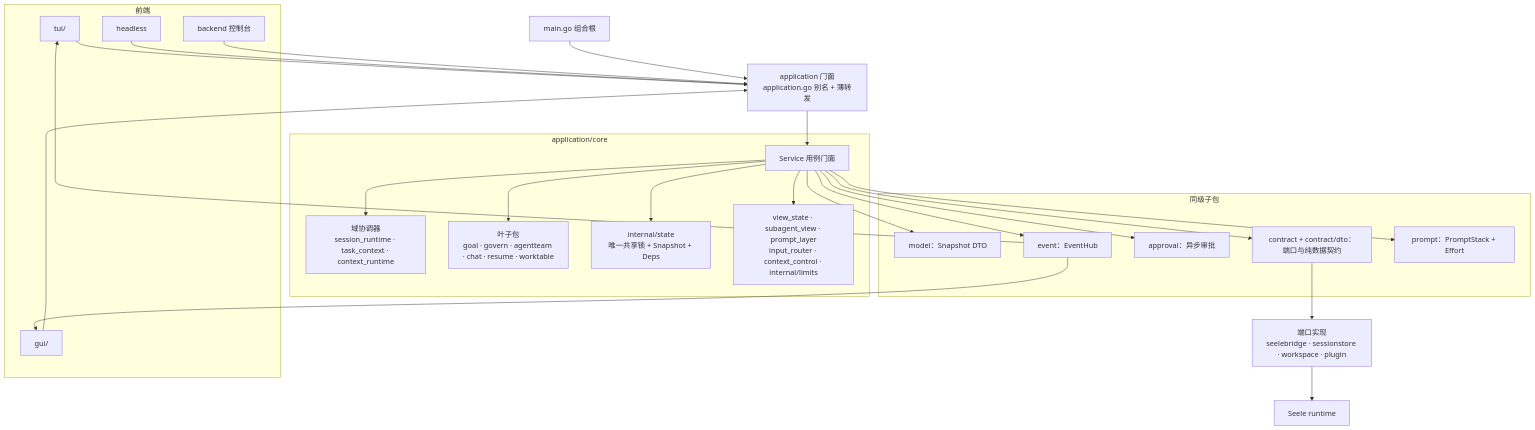
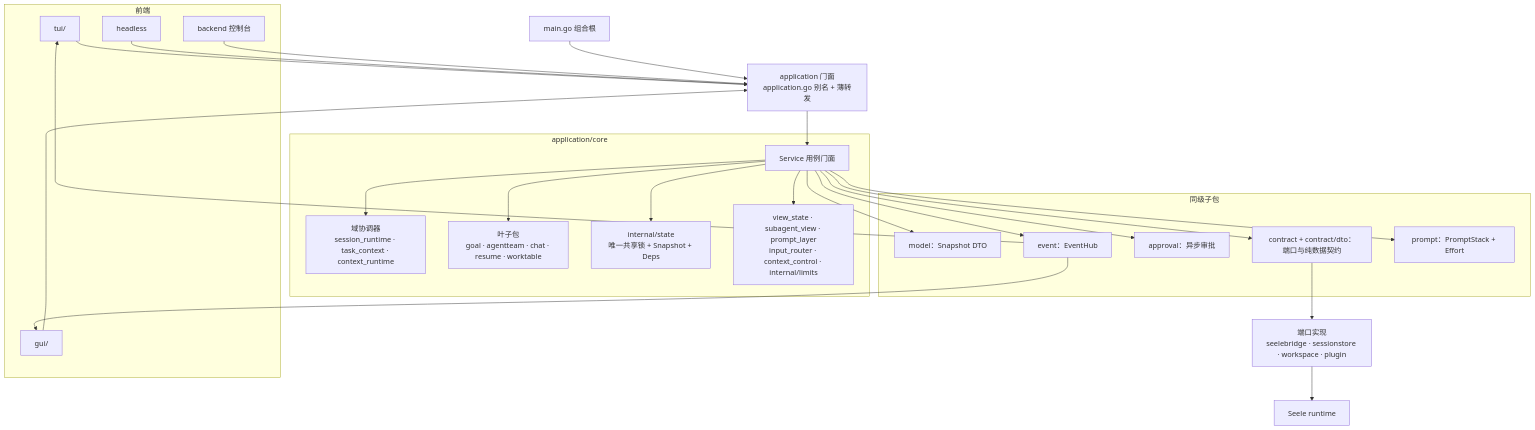
One commit to RedHuang-0622/seelex changed the first of 5 diagrams in application/README.md. Above: the diagram before and after it, drawn with Mermaid. The commit also changed other lines of this file and 77 other files, not shown here.

````diff
--- a/application/README.md
+++ b/application/README.md
@@ -65,51 +65,51 @@
 ```mermaid
 flowchart TB
     subgraph FE["前端"]
         TUI["tui/"]
         GUI["gui/"]
         HL["headless"]
         CONSOLE["backend 控制台"]
     end
 
     ROOT["main.go 组合根"]
     FAC["application 门面<br/>application.go 别名 + 薄转发"]
 
     subgraph CORE["application/core"]
         SVC["Service 用例门面"]
         DOM["域协调器<br/>session_runtime · task_context · context_runtime"]
-        LEAF["叶子包<br/>goal · govern · agentteam · chat · resume · worktable"]
+        LEAF["叶子包<br/>goal · agentteam · chat · resume · worktable"]
         ST["internal/state<br/>唯一共享锁 + Snapshot + Deps"]
         VIEW["view_state · subagent_view · prompt_layer<br/>input_router · context_control · internal/limits"]
     end
 
     subgraph SIDE["同级子包"]
         MODEL["model：Snapshot DTO"]
         EVENT["event：EventHub"]
         APPROVAL["approval：异步审批"]
         CONTRACT["contract + contract/dto：端口与纯数据契约"]
         PROMPT["prompt：PromptStack + Effort"]
     end
 
     PORTS["端口实现<br/>seelebridge · sessionstore · workspace · plugin"]
     SEELE["Seele runtime"]
 
     TUI --> FAC
     GUI --> FAC
     HL --> FAC
     CONSOLE --> FAC
     ROOT --> FAC
     FAC --> SVC
     SVC --> ST
     SVC --> DOM
     SVC --> LEAF
     SVC --> VIEW
     SVC --> MODEL
     SVC --> EVENT
     SVC --> APPROVAL
     SVC --> CONTRACT
     SVC --> PROMPT
     CONTRACT --> PORTS
     PORTS --> SEELE
     EVENT --> TUI
     EVENT --> GUI
 ```
````
